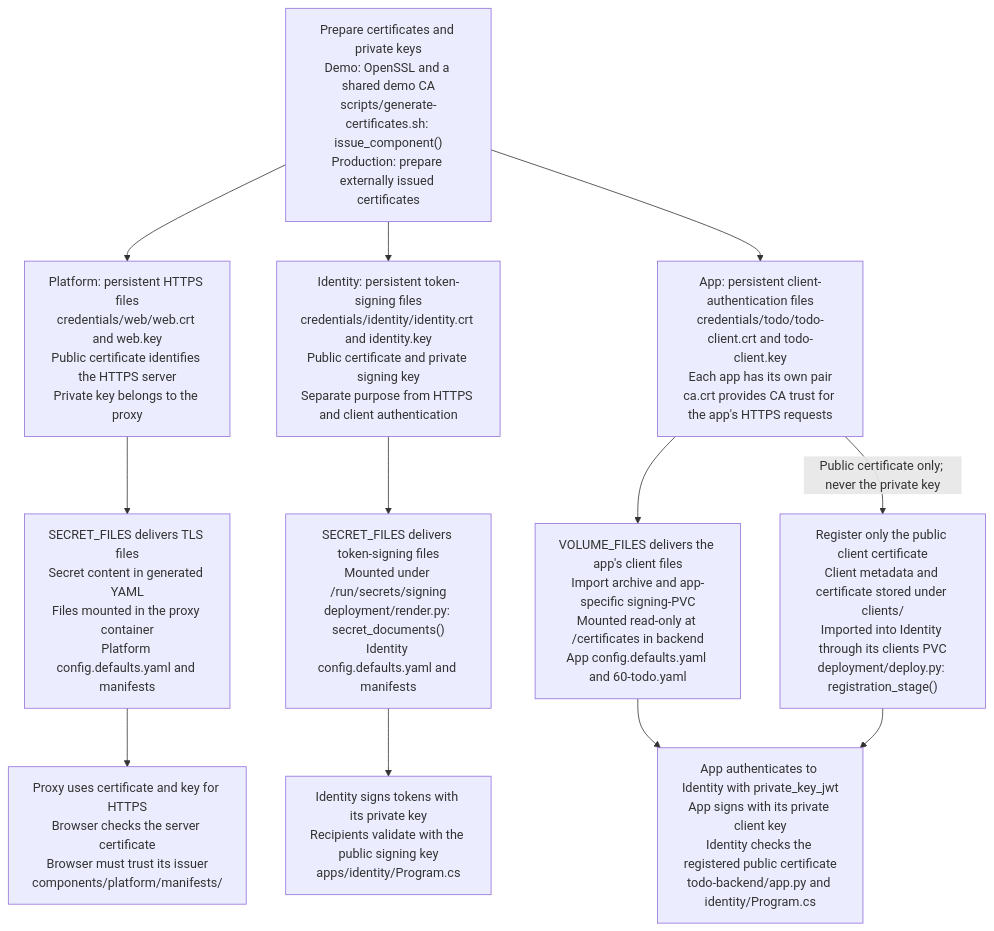
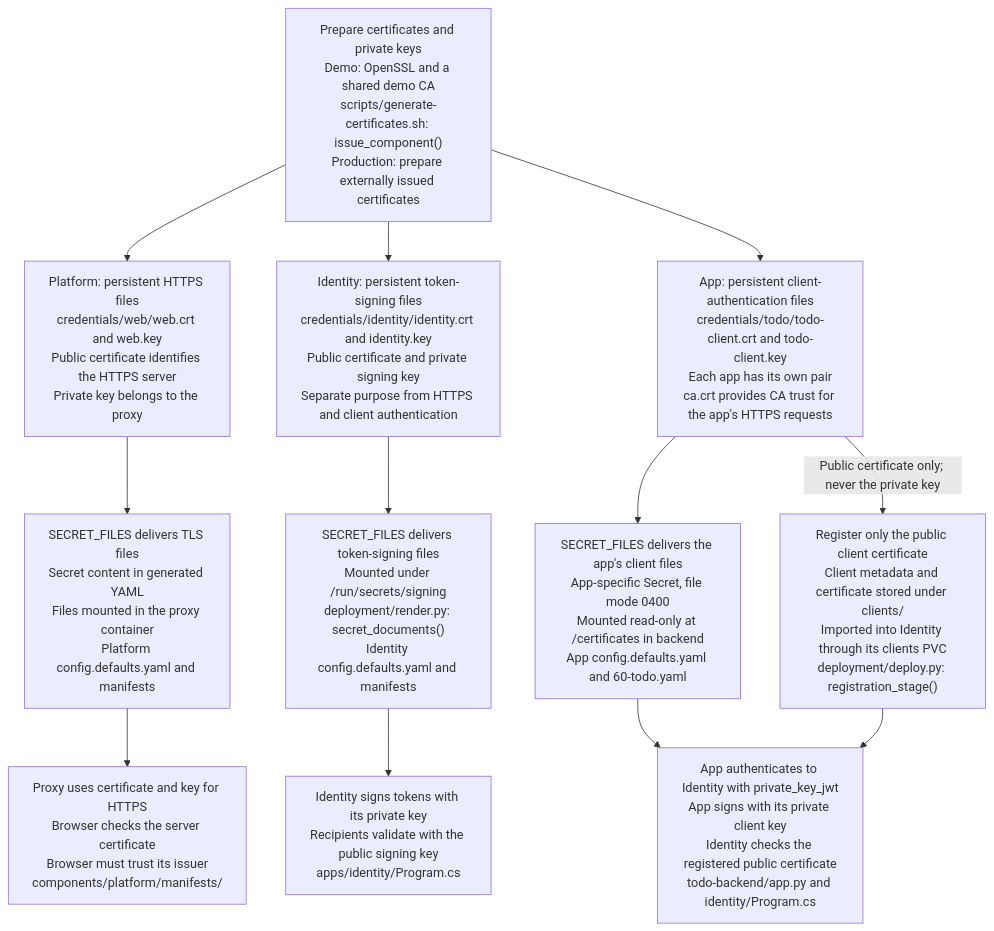
The third of 3 diagrams in README.md (gunstein/podman_offline), drawn with Mermaid before and after one commit. The commit also changed other lines of this file and 20 other files, not shown here.

Commit message:
Deliver private app credentials through restricted Secret mounts

````diff
--- a/README.md
+++ b/README.md
@@ -495,65 +501,65 @@
 ```mermaid
 flowchart TD
     ISSUE["`Prepare certificates and private keys
     Demo: OpenSSL and a shared demo CA
     scripts/generate-certificates.sh: issue_component()
     Production: prepare externally issued certificates`"]
 
     TLSFILES["`Platform: persistent HTTPS files
     credentials/web/web.crt and web.key
     Public certificate identifies the HTTPS server
     Private key belongs to the proxy`"]
 
     SIGNFILES["`Identity: persistent token-signing files
     credentials/identity/identity.crt and identity.key
     Public certificate and private signing key
     Separate purpose from HTTPS and client authentication`"]
 
     CLIENTFILES["`App: persistent client-authentication files
     credentials/todo/todo-client.crt and todo-client.key
     Each app has its own pair
     ca.crt provides CA trust for the app's HTTPS requests`"]
 
     TLSSECRET["`SECRET_FILES delivers TLS files
     Secret content in generated YAML
     Files mounted in the proxy container
     Platform config.defaults.yaml and manifests`"]
 
     SIGNSECRET["`SECRET_FILES delivers token-signing files
     Mounted under /run/secrets/signing
     deployment/render.py: secret_documents()
     Identity config.defaults.yaml and manifests`"]
 
-    CLIENTPVC["`VOLUME_FILES delivers the app's client files
-    Import archive and app-specific signing-PVC
+    CLIENTSECRET["`SECRET_FILES delivers the app's client files
+    App-specific Secret, file mode 0400
     Mounted read-only at /certificates in backend
     App config.defaults.yaml and 60-todo.yaml`"]
 
     PUBLIC["`Register only the public client certificate
     Client metadata and certificate stored under clients/
     Imported into Identity through its clients PVC
     deployment/deploy.py: registration_stage()`"]
 
     HTTPS["`Proxy uses certificate and key for HTTPS
     Browser checks the server certificate
     Browser must trust its issuer
     components/platform/manifests/`"]
 
     TOKENS["`Identity signs tokens with its private key
     Recipients validate with the public signing key
     apps/identity/Program.cs`"]
 
     AUTH["`App authenticates to Identity with private_key_jwt
     App signs with its private client key
     Identity checks the registered public certificate
     todo-backend/app.py and identity/Program.cs`"]
 
     ISSUE --> TLSFILES
     ISSUE --> SIGNFILES
     ISSUE --> CLIENTFILES
     TLSFILES --> TLSSECRET --> HTTPS
     SIGNFILES --> SIGNSECRET --> TOKENS
-    CLIENTFILES --> CLIENTPVC --> AUTH
+    CLIENTFILES --> CLIENTSECRET --> AUTH
     CLIENTFILES -->|Public certificate only; never the private key| PUBLIC
     PUBLIC --> AUTH
 ```
````
